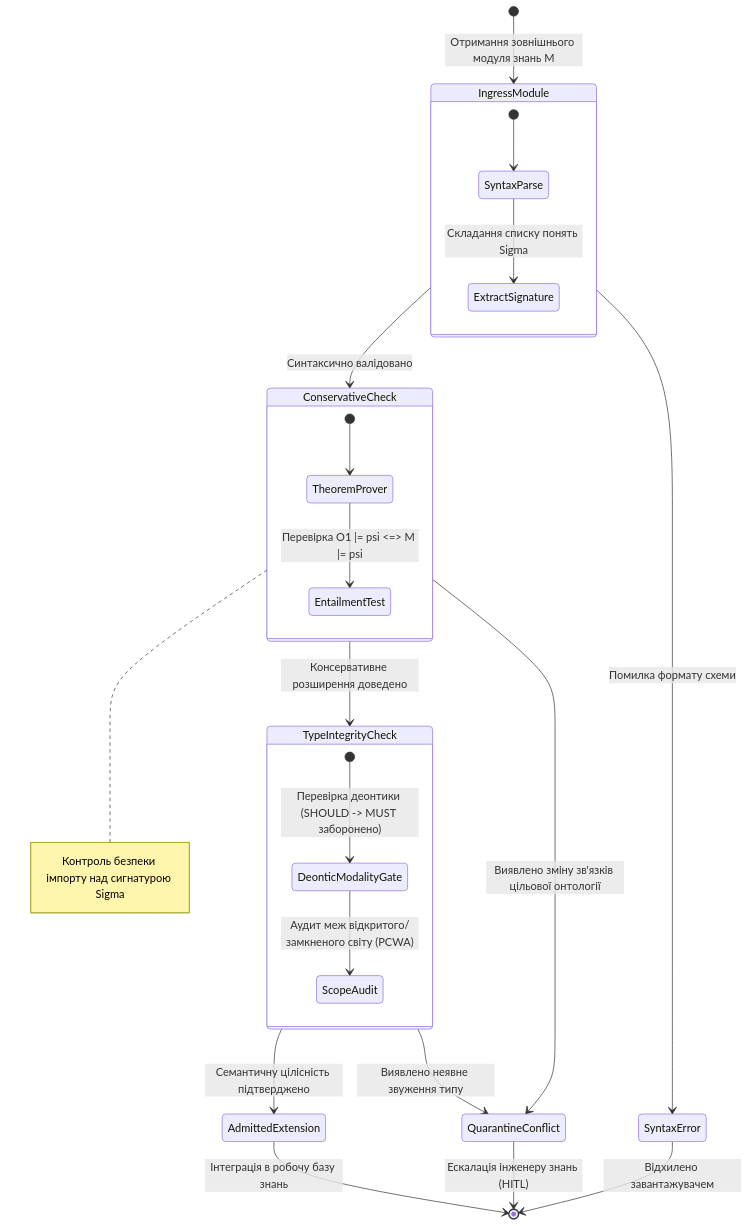
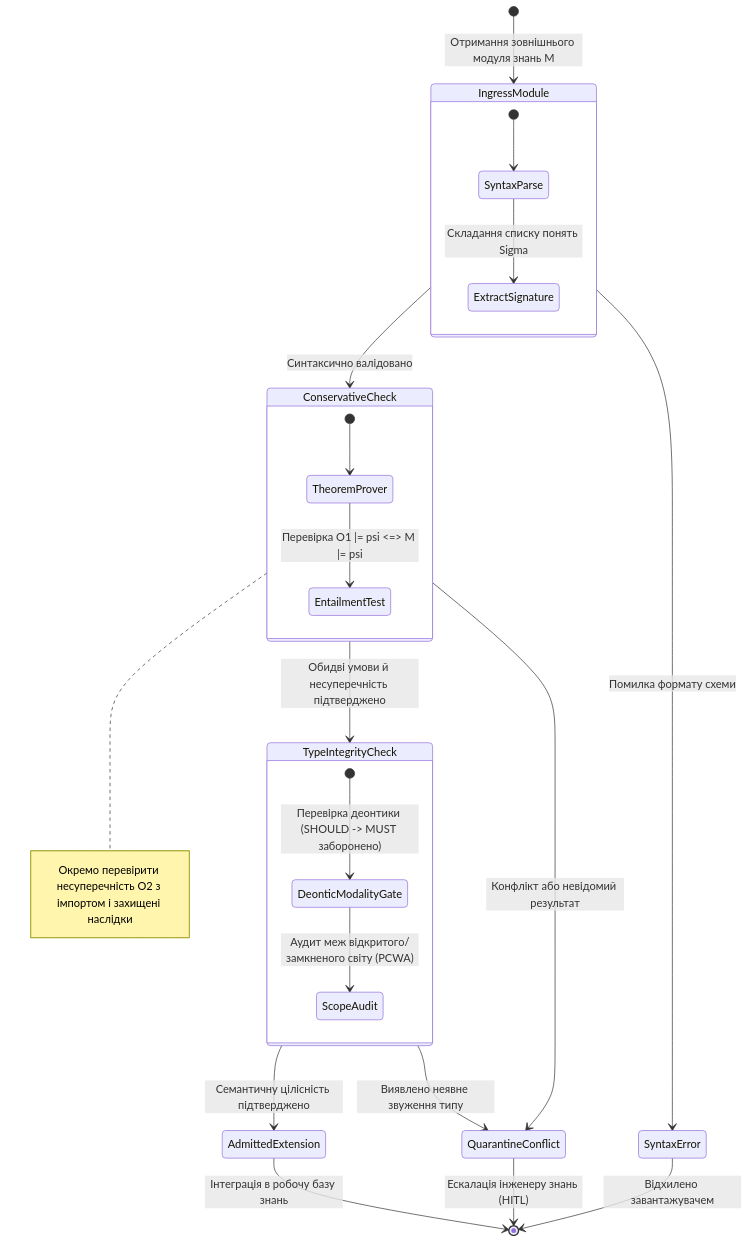
The fourth of 5 diagrams in ExpertSystem/ch33-inter-system-knowledge-exchange-and-model-teaching.md (nick-fedchik/articles), drawn with Mermaid before and after one commit. The commit also changed other lines of this file and 7 other files, not shown here.

````diff
--- a/ExpertSystem/ch33-inter-system-knowledge-exchange-and-model-teaching.md
+++ b/ExpertSystem/ch33-inter-system-knowledge-exchange-and-model-teaching.md
@@ -353,36 +488,36 @@
 ```mermaid
 stateDiagram-v2
     accTitle: Автомат узгодження онтологічних розбіжностей та консервативного розширення
     accDescr: Машина станів верифікації зовнішнього модуля знань на збереження семантичних типів, локальності та відсутності логічних колізій.
 
     [*] --> IngressModule : Отримання зовнішнього модуля знань M
     
     state IngressModule {
         [*] --> SyntaxParse
         SyntaxParse --> ExtractSignature : Складання списку понять Sigma
     }
     
     IngressModule --> ConservativeCheck : Синтаксично валідовано
     IngressModule --> SyntaxError : Помилка формату схеми
 
     state ConservativeCheck {
         [*] --> TheoremProver
         TheoremProver --> EntailmentTest : Перевірка O1 |= psi <=> M |= psi
     }
-    note right of ConservativeCheck : Контроль безпеки імпорту над сигнатурою Sigma
+	note right of ConservativeCheck : Окремо перевірити несуперечність O2 з імпортом і захищені наслідки
 
-    ConservativeCheck --> TypeIntegrityCheck : Консервативне розширення доведено
-    ConservativeCheck --> QuarantineConflict : Виявлено зміну зв'язків цільової онтології
+	ConservativeCheck --> TypeIntegrityCheck : Обидві умови й несуперечність підтверджено
+	ConservativeCheck --> QuarantineConflict : Конфлікт або невідомий результат
 
     state TypeIntegrityCheck {
         [*] --> DeonticModalityGate : Перевірка деонтики (SHOULD -> MUST заборонено)
         DeonticModalityGate --> ScopeAudit : Аудит меж відкритого/замкненого світу (PCWA)
     }
 
     TypeIntegrityCheck --> AdmittedExtension : Семантичну цілісність підтверджено
     TypeIntegrityCheck --> QuarantineConflict : Виявлено неявне звуження типу
 
     AdmittedExtension --> [*] : Інтеграція в робочу базу знань
     QuarantineConflict --> [*] : Ескалація інженеру знань (HITL)
     SyntaxError --> [*] : Відхилено завантажувачем
 ```
````
